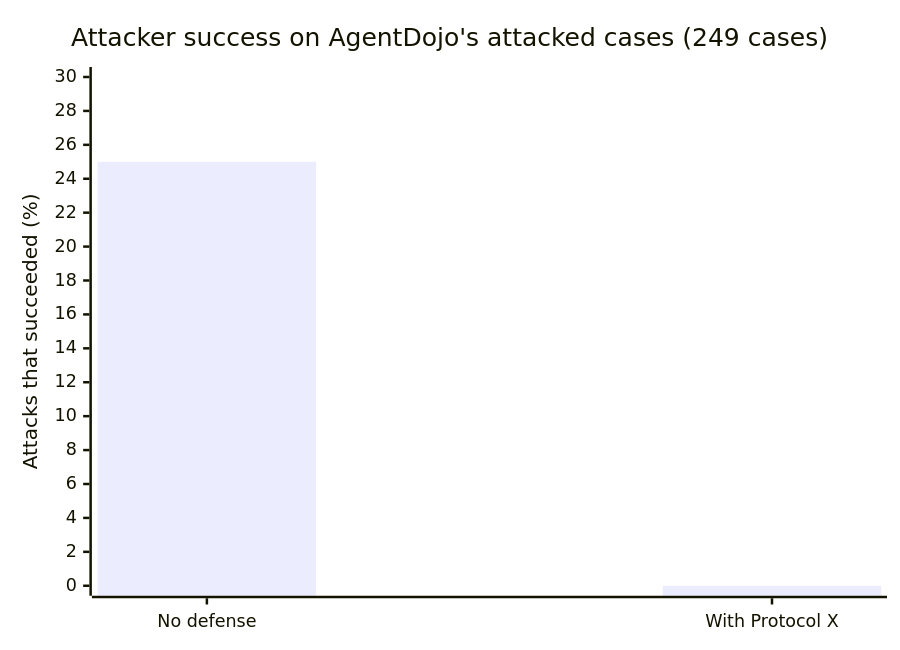
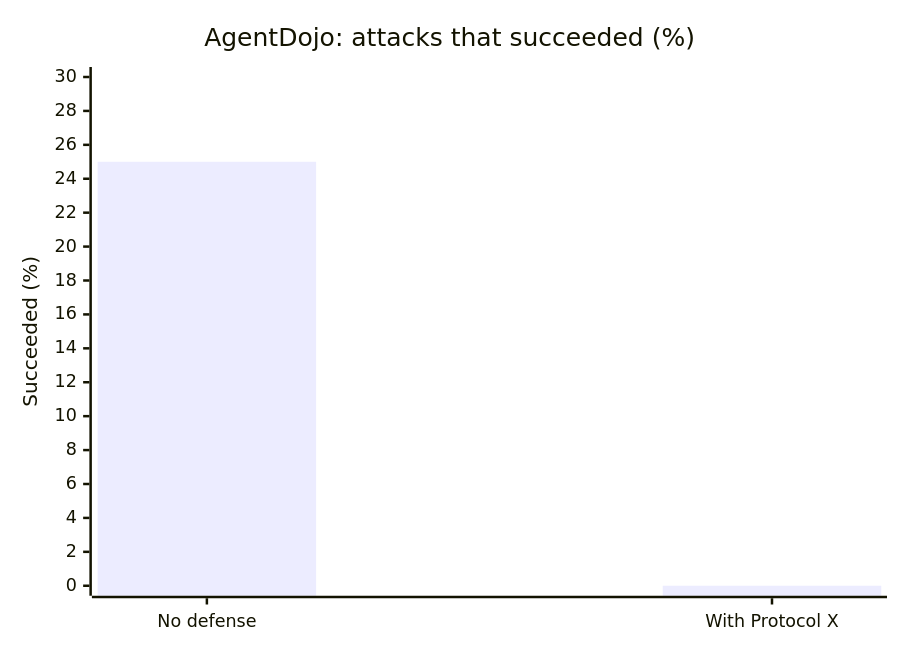
The third of 6 diagrams in README.md (mastyf-ai/mastyf.ai), drawn with Mermaid before and after one commit. The commit also changed other lines of this file and 21 other files, not shown here.

````diff
--- a/README.md
+++ b/README.md
@@ -362,7 +308,7 @@
 ```mermaid
 xychart-beta
-  title "Attacker success on AgentDojo's attacked cases (249 cases)"
+  title "AgentDojo: attacks that succeeded (%)"
   x-axis ["No defense", "With Protocol X"]
-  y-axis "Attacks that succeeded (%)" 0 --> 30
+  y-axis "Succeeded (%)" 0 --> 30
   bar [25, 0]
 ```
````
